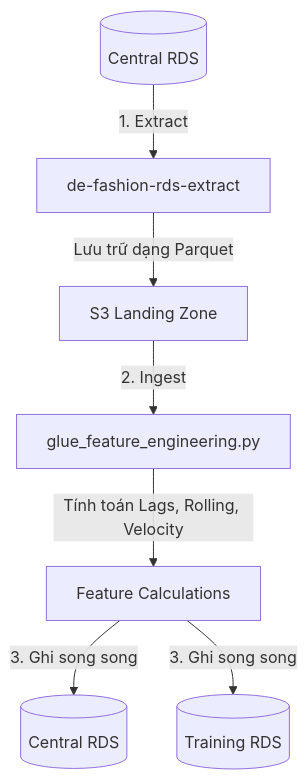
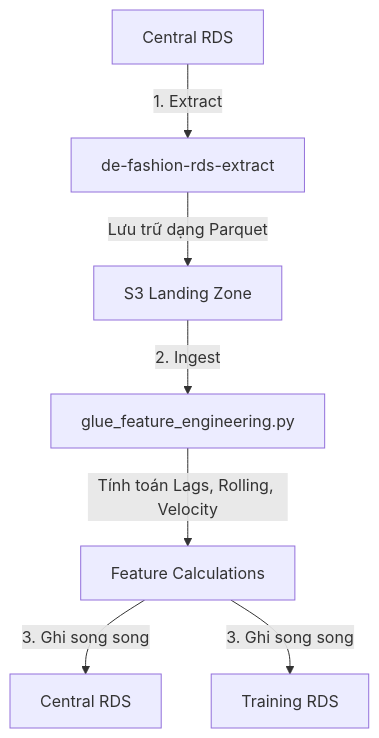
Before and after one commit to trantrongthanh115/AWS: the diagram in content/5-Workshop/5.3-Feature-extraction/5.3.1-ETL-Overview/_index.vi.md, drawn with Mermaid. The commit also changed 3 other files, not shown here.

````diff
--- a/content/5-Workshop/5.3-Feature-extraction/5.3.1-ETL-Overview/_index.vi.md
+++ b/content/5-Workshop/5.3-Feature-extraction/5.3.1-ETL-Overview/_index.vi.md
@@ -13,9 +13,9 @@
-```mermaid
+{{<mermaid>}}
 graph TD
-    RDS[(Central RDS)] -->|1. Extract| PythonJob[de-fashion-rds-extract]
+    RDS[Central RDS] -->|1. Extract| PythonJob[de-fashion-rds-extract]
     PythonJob -->|Lưu trữ dạng Parquet| S3Landing[S3 Landing Zone]
     S3Landing -->|2. Ingest| SparkJob[glue_feature_engineering.py]
     SparkJob -->|Tính toán Lags, Rolling, Velocity| ProcessedFeatures[Feature Calculations]
-    ProcessedFeatures -->|3. Ghi song song| CentralDB[(Central RDS)]
-    ProcessedFeatures -->|3. Ghi song song| TrainingDB[(Training RDS)]
-```
+    ProcessedFeatures -->|3. Ghi song song| CentralDB[Central RDS]
+    ProcessedFeatures -->|3. Ghi song song| TrainingDB[Training RDS]
+{{</mermaid>}}
````
